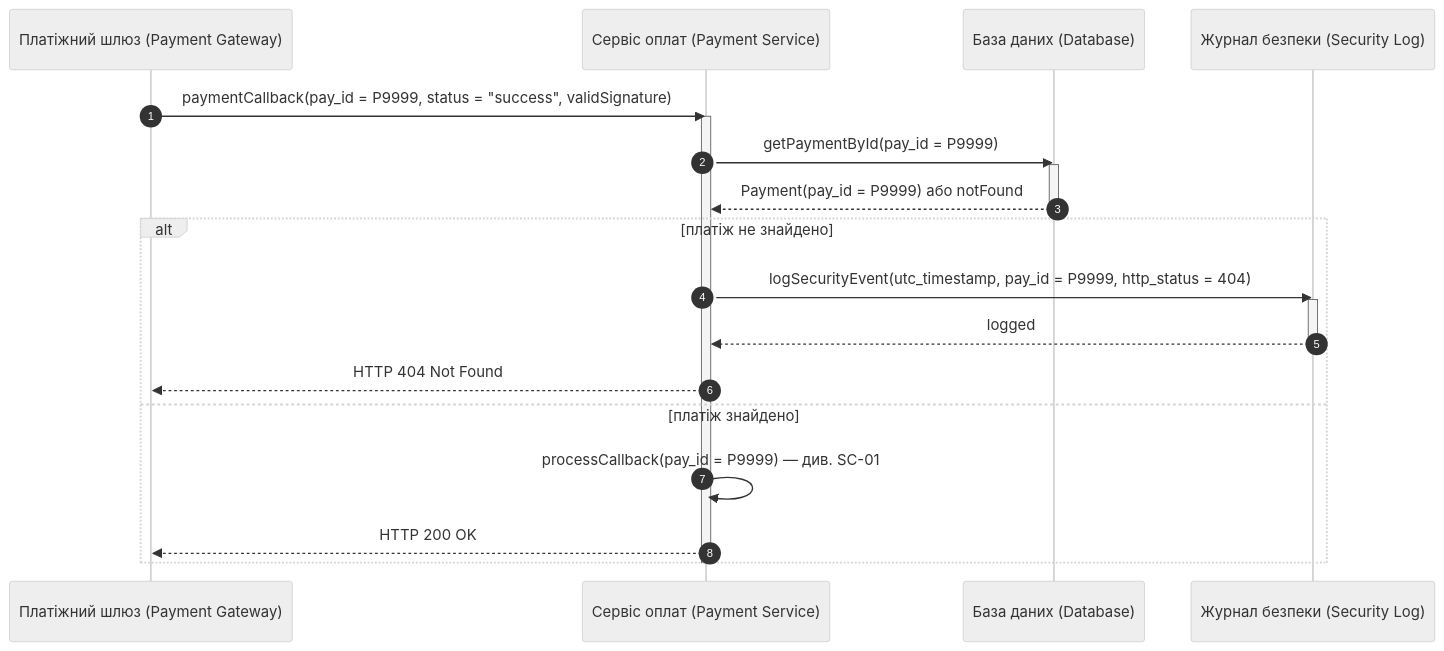
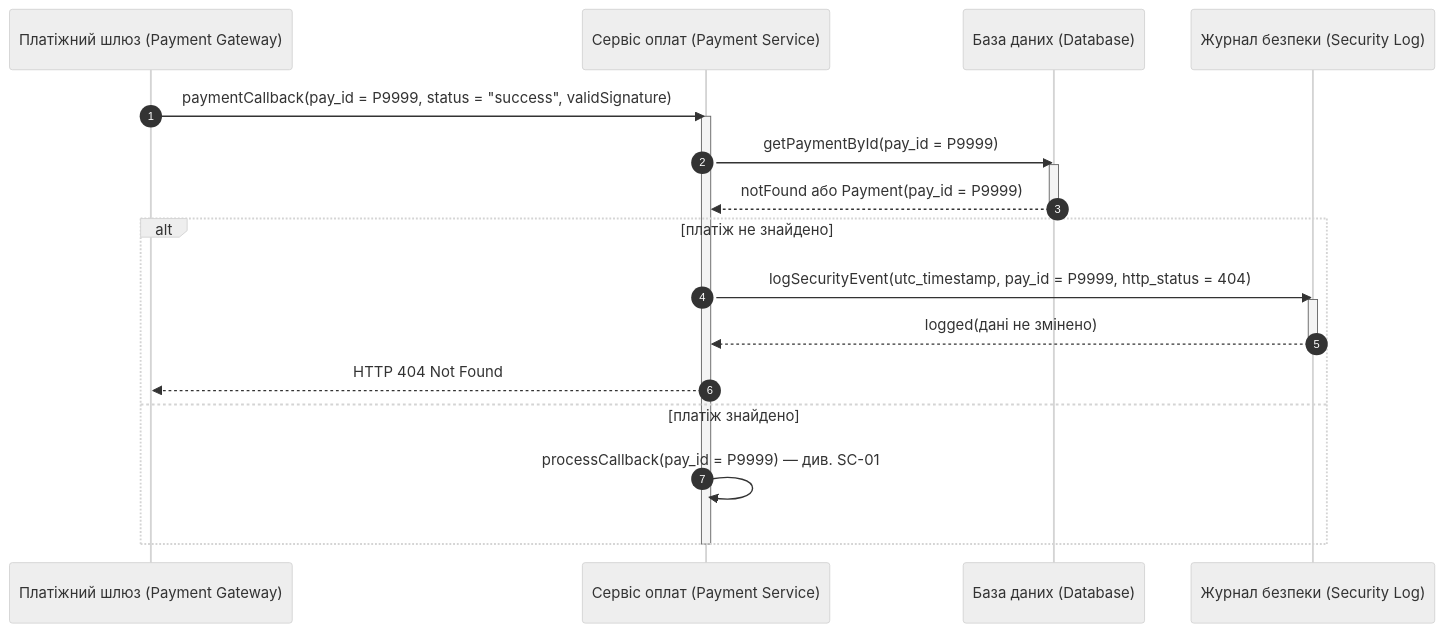
One commit to hutnichs/KPI_MAVPZ changed diagram 11 of 15 in Lab3/diagram.md. Above: the diagram before and after it, drawn with Mermaid (neutral theme). The commit also changed other lines of this file, not shown here.

````diff
--- a/Lab3/diagram.md
+++ b/Lab3/diagram.md
@@ -368,26 +381,25 @@
 ```mermaid
 sequenceDiagram
     autonumber
     participant PGW as Платіжний шлюз (Payment Gateway)
     participant PS as Сервіс оплат (Payment Service)
     participant DB as База даних (Database)
     participant SecLog as Журнал безпеки (Security Log)
 
     PGW->>PS: paymentCallback(pay_id = P9999, status = "success", validSignature)
     activate PS
     PS->>DB: getPaymentById(pay_id = P9999)
     activate DB
-    DB-->>PS: Payment(pay_id = P9999) або notFound
+    DB-->>PS: notFound або Payment(pay_id = P9999)
     deactivate DB
     alt платіж не знайдено
         PS->>SecLog: logSecurityEvent(utc_timestamp, pay_id = P9999, http_status = 404)
         activate SecLog
-        SecLog-->>PS: logged
+        SecLog-->>PS: logged(дані не змінено)
         deactivate SecLog
         PS-->>PGW: HTTP 404 Not Found
     else платіж знайдено
         PS->>PS: processCallback(pay_id = P9999) — див. SC-01
-        PS-->>PGW: HTTP 200 OK
     end
     deactivate PS
 ```
````
